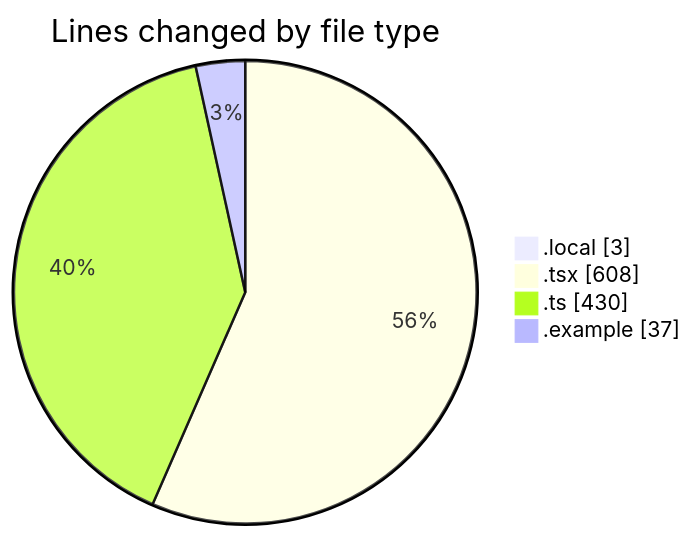
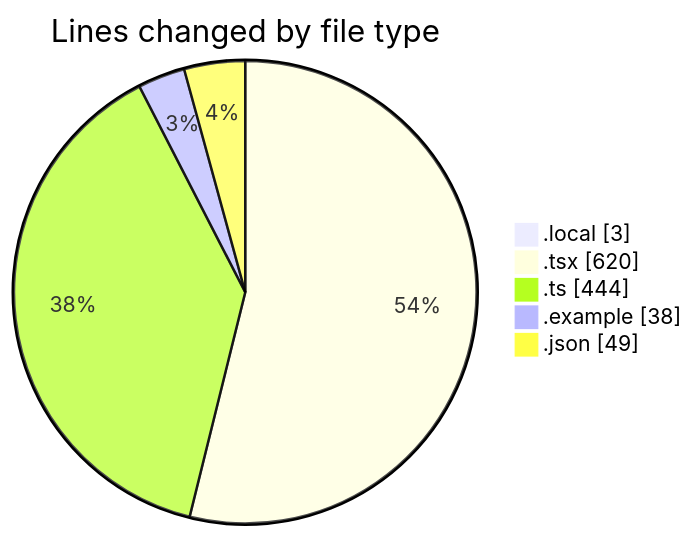
The first of 2 diagrams in 2025-11-20/eventscop-frontend-guide__workspace_/README.md (julien-gomy/code-tracking), drawn with Mermaid before and after one commit. The commit also changed other lines of this file and 1 other file, not shown here.

````diff
--- a/2025-11-20/eventscop-frontend-guide__workspace_/README.md
+++ b/2025-11-20/eventscop-frontend-guide__workspace_/README.md
@@ -37,8 +38,9 @@
 ```mermaid
 pie showData
 title Lines changed by file type
 ".local" : 3
-".tsx" : 608
-".ts" : 430
-".example" : 37
+".tsx" : 620
+".ts" : 444
+".example" : 38
+".json" : 49
 ```
````
